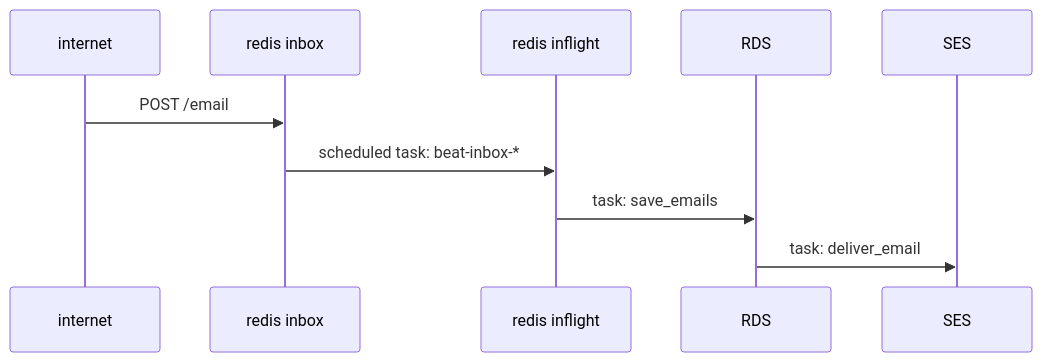
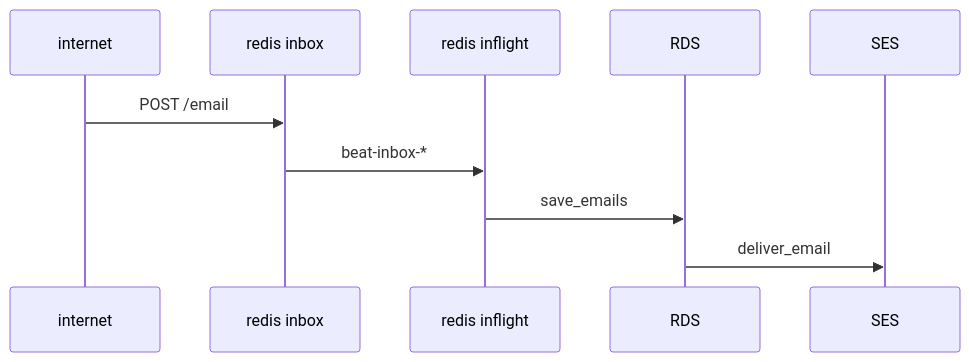
One commit to cds-snc/notification-api changed the first of 6 diagrams in DATAFLOW.md. Above: the diagram before and after it, drawn with Mermaid. The commit also changed other lines of this file, not shown here.

````diff
--- a/DATAFLOW.md
+++ b/DATAFLOW.md
@@ -7,14 +7,14 @@
 ```mermaid
     sequenceDiagram
     
     participant internet
     participant redis inbox
     participant redis inflight
     participant RDS
     participant SES
 
     internet ->> redis inbox: POST /email
-    redis inbox ->> redis inflight: scheduled task: beat-inbox-*
-    redis inflight ->> RDS: task: save_emails
-    RDS ->> SES: task: deliver_email
+    redis inbox ->> redis inflight: beat-inbox-*
+    redis inflight ->> RDS: save_emails
+    RDS ->> SES: deliver_email
 ```
````
